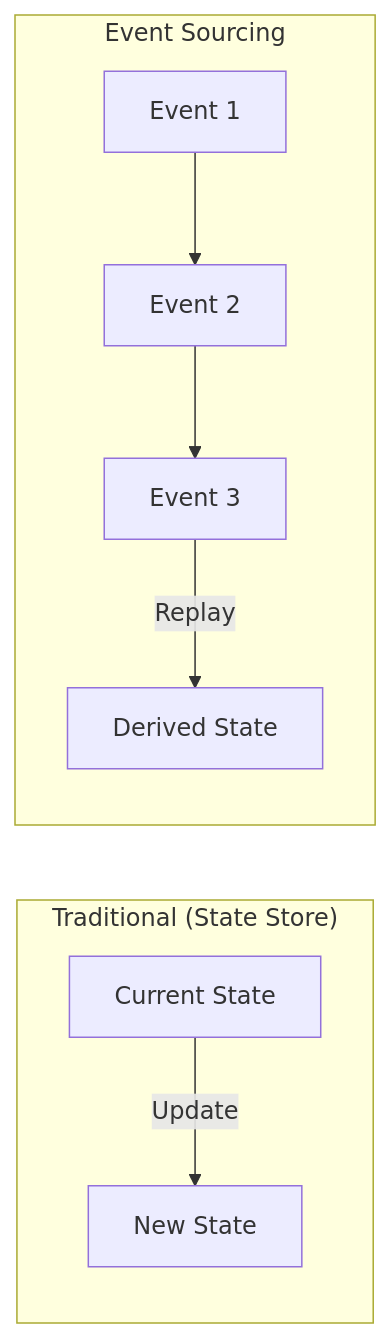
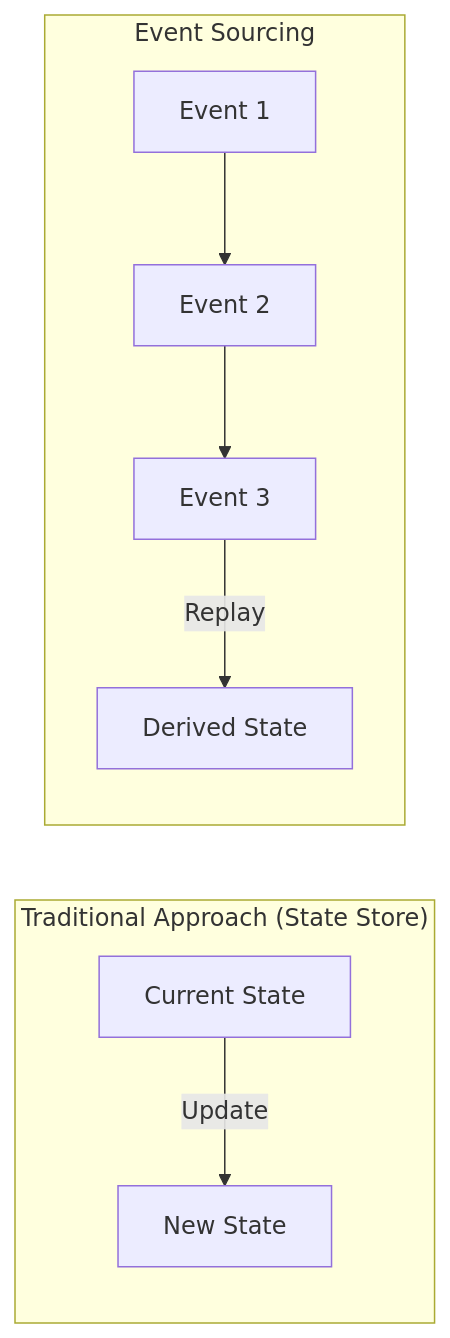
Before and after one commit to Timwood0x10/ARES: the first of 6 diagrams in docs/articles/en/event-system-deep-dive.md, drawn with Mermaid. The commit also changed other lines of this file and 22 other files, not shown here.

````diff
--- a/docs/articles/en/event-system-deep-dive.md
+++ b/docs/articles/en/event-system-deep-dive.md
@@ -19,12 +21,12 @@
 ```mermaid
 graph LR
-    subgraph "Traditional (State Store)"
+    subgraph "Traditional Approach (State Store)"
         S1[Current State] -->|Update| S2[New State]
     end
 
     subgraph "Event Sourcing"
         E1[Event 1] --> E2[Event 2]
         E2 --> E3[Event 3]
         E3 -->|Replay| STATE[Derived State]
     end
 ```
````
